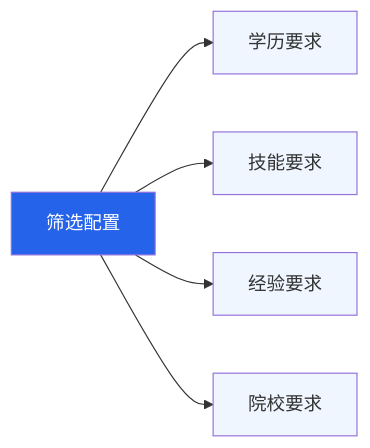
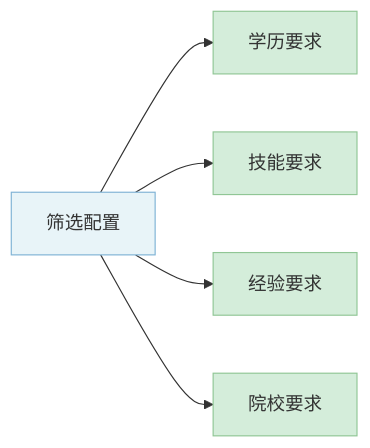
The fourth of 8 diagrams in docs/api.md (xt765/ResumeScreening), drawn with Mermaid before and after one commit. The commit also changed other lines of this file and 4 other files, not shown here.

````diff
--- a/docs/api.md
+++ b/docs/api.md
@@ -208,13 +209,13 @@
 ```mermaid
 graph LR
     Config[筛选配置] --> Edu[学历要求]
     Config --> Skill[技能要求]
     Config --> Exp[经验要求]
     Config --> School[院校要求]
     
-    style Config fill:#2563eb,color:#fff
-    style Edu fill:#eff6ff
-    style Skill fill:#eff6ff
-    style Exp fill:#eff6ff
-    style School fill:#eff6ff
+    style Config fill:#e8f4f8,stroke:#7fb3d5
+    style Edu fill:#d4edda,stroke:#90c695
+    style Skill fill:#d4edda,stroke:#90c695
+    style Exp fill:#d4edda,stroke:#90c695
+    style School fill:#d4edda,stroke:#90c695
 ```
````
